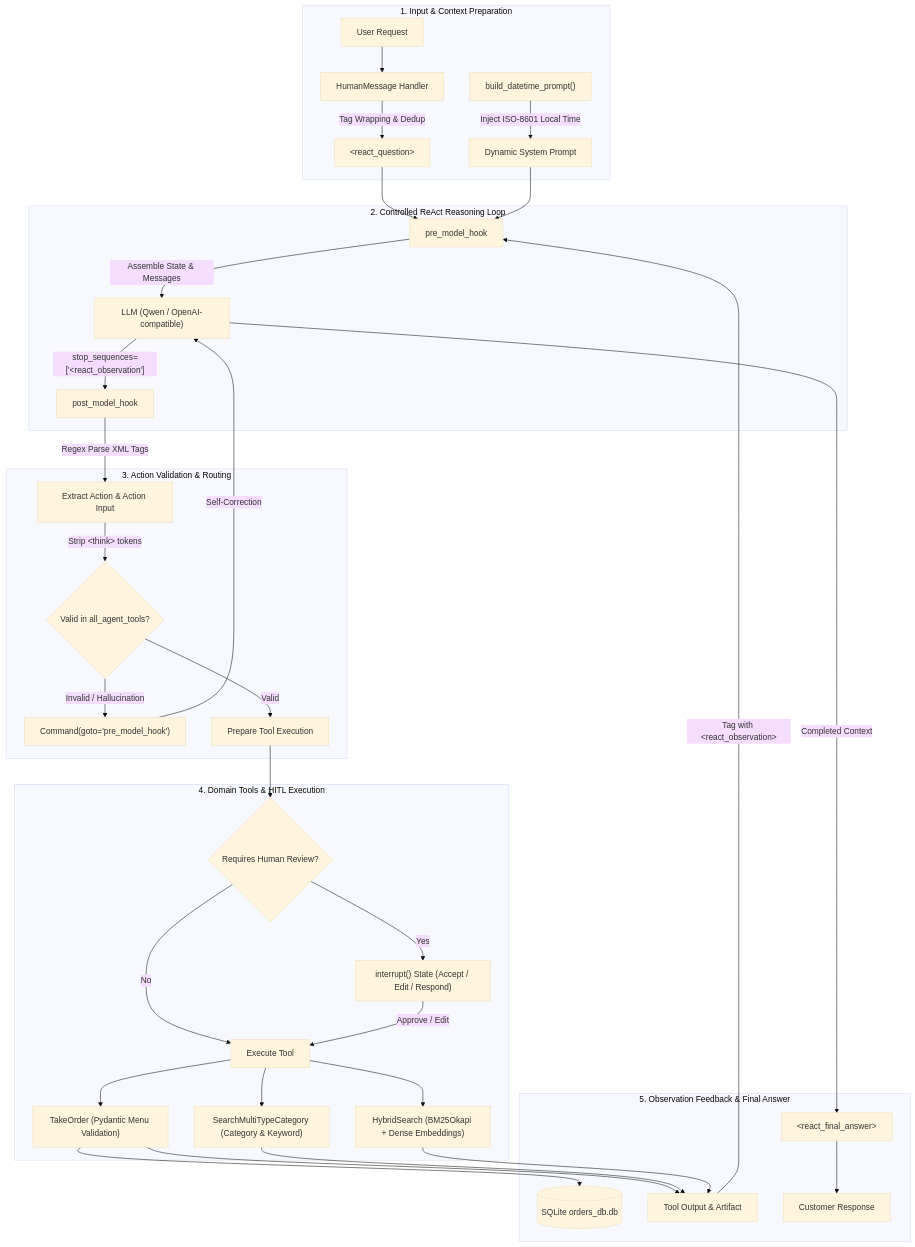
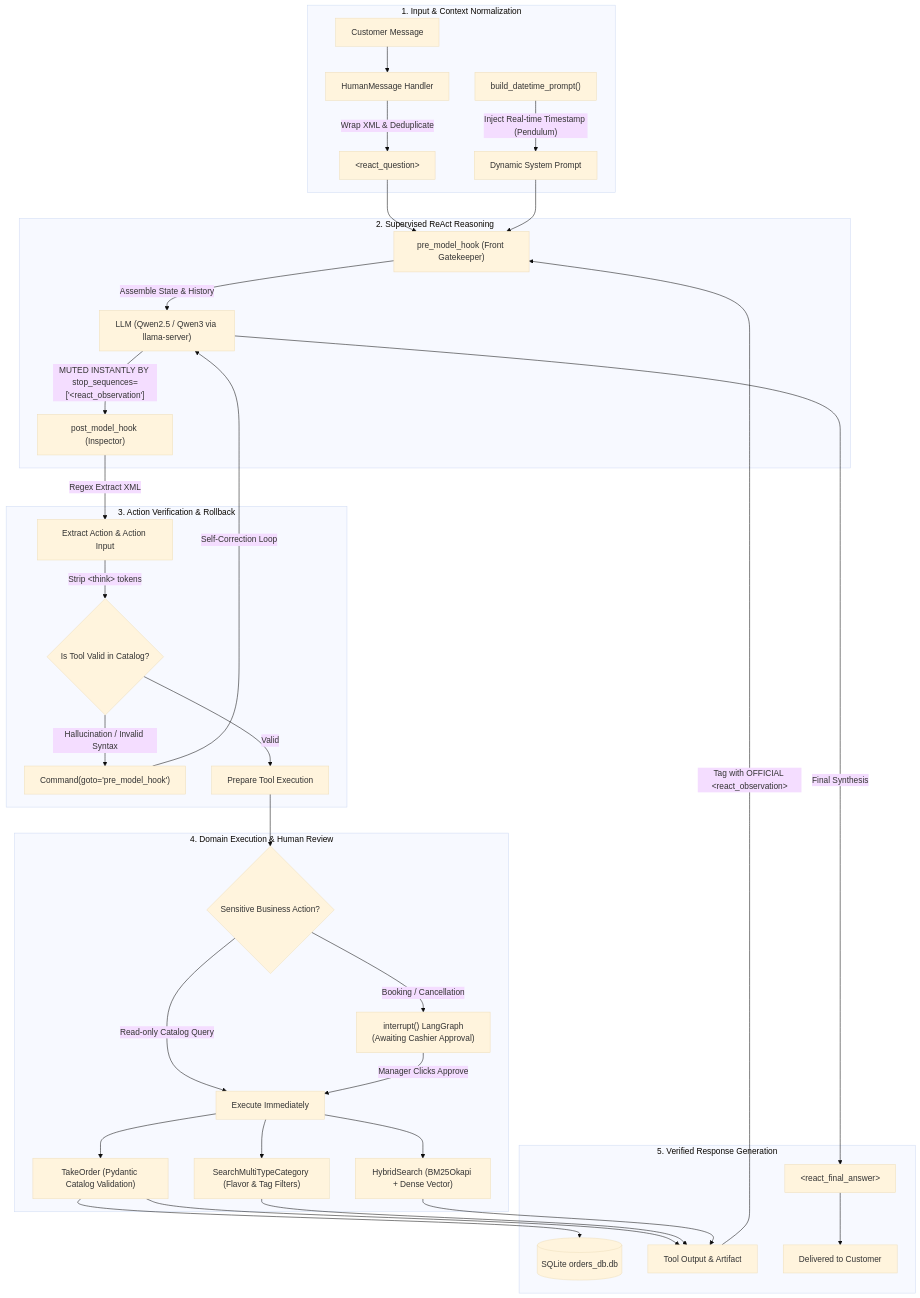
The diagram in content/posts/multi-agent-workflow-langraph.en.md (vinh-gogo/glory-hinody), drawn with Mermaid (base theme) before and after one commit. The commit also changed other lines of this file and 1 other file, not shown here.

First line of the commit message:
refactor(content): rewrite LangGraph ReAct Agent post into engaging, witty engineering storytelling

````diff
--- a/content/posts/multi-agent-workflow-langraph.en.md
+++ b/content/posts/multi-agent-workflow-langraph.en.md
@@ -46,43 +56,43 @@
 ```mermaid
 flowchart TD
-    subgraph INPUT["1. Input & Context Preparation"]
-        U["User Request"] --> H1["HumanMessage Handler"]
-        H1 -->|"Tag Wrapping & Dedup"| Q1["&lt;react_question&gt;"]
-        DT["build_datetime_prompt()"] -->|"Inject ISO-8601 Local Time"| SYS["Dynamic System Prompt"]
+    subgraph INPUT["1. Input & Context Normalization"]
+        U["Customer Message"] --> H1["HumanMessage Handler"]
+        H1 -->|"Wrap XML & Deduplicate"| Q1["&lt;react_question&gt;"]
+        DT["build_datetime_prompt()"] -->|"Inject Real-time Timestamp (Pendulum)"| SYS["Dynamic System Prompt"]
     end
 
-    subgraph LLM_LOOP["2. Controlled ReAct Reasoning Loop"]
-        Q1 --> PRE["pre_model_hook"]
+    subgraph LLM_LOOP["2. Supervised ReAct Reasoning"]
+        Q1 --> PRE["pre_model_hook (Front Gatekeeper)"]
         SYS --> PRE
-        PRE -->|"Assemble State & Messages"| LLM["LLM (Qwen / OpenAI-compatible)"]
-        LLM -->|"stop_sequences=['&lt;react_observation']"| POST["post_model_hook"]
+        PRE -->|"Assemble State & History"| LLM["LLM (Qwen2.5 / Qwen3 via llama-server)"]
+        LLM -->|"MUTED INSTANTLY BY stop_sequences=['&lt;react_observation']"| POST["post_model_hook (Inspector)"]
     end
 
-    subgraph VALIDATION["3. Action Validation & Routing"]
-        POST -->|"Regex Parse XML Tags"| PARSE["Extract Action & Action Input"]
-        PARSE -->|"Strip &lt;think&gt; tokens"| CHK{"Valid in all_agent_tools?"}
-        CHK -->|"Invalid / Hallucination"| RETRY["Command(goto='pre_model_hook')"]
-        RETRY -->|"Self-Correction"| LLM
+    subgraph VALIDATION["3. Action Verification & Rollback"]
+        POST -->|"Regex Extract XML"| PARSE["Extract Action & Action Input"]
+        PARSE -->|"Strip &lt;think&gt; tokens"| CHK{"Is Tool Valid in Catalog?"}
+        CHK -->|"Hallucination / Invalid Syntax"| RETRY["Command(goto='pre_model_hook')"]
+        RETRY -->|"Self-Correction Loop"| LLM
         CHK -->|"Valid"| EXEC["Prepare Tool Execution"]
     end
 
-    subgraph TOOLS["4. Domain Tools & HITL Execution"]
-        EXEC --> HITL{"Requires Human Review?"}
-        HITL -->|"Yes"| INT["interrupt() State (Accept / Edit / Respond)"]
-        HITL -->|"No"| RUN["Execute Tool"]
-        INT -->|"Approve / Edit"| RUN
-        RUN --> T1["TakeOrder (Pydantic Menu Validation)"]
-        RUN --> T2["SearchMultiTypeCategory (Category & Keyword)"]
-        RUN --> T3["HybridSearch (BM25Okapi + Dense Embeddings)"]
+    subgraph TOOLS["4. Domain Execution & Human Review"]
+        EXEC --> HITL{"Sensitive Business Action?"}
+        HITL -->|"Booking / Cancellation"| INT["interrupt() LangGraph<br/>(Awaiting Cashier Approval)"]
+        HITL -->|"Read-only Catalog Query"| RUN["Execute Immediately"]
+        INT -->|"Manager Clicks Approve"| RUN
+        RUN --> T1["TakeOrder (Pydantic Catalog Validation)"]
+        RUN --> T2["SearchMultiTypeCategory (Flavor & Tag Filters)"]
+        RUN --> T3["HybridSearch (BM25Okapi + Dense Vector)"]
     end
 
-    subgraph OUTPUT["5. Observation Feedback & Final Answer"]
+    subgraph OUTPUT["5. Verified Response Generation"]
         T1 --> DB[("SQLite orders_db.db")]
         T1 --> OBS["Tool Output & Artifact"]
         T2 --> OBS
         T3 --> OBS
-        OBS -->|"Tag with &lt;react_observation&gt;"| PRE
-        LLM -->|"Completed Context"| ANS["&lt;react_final_answer&gt;"]
-        ANS --> USER_OUT["Customer Response"]
+        OBS -->|"Tag with OFFICIAL &lt;react_observation&gt;"| PRE
+        LLM -->|"Final Synthesis"| ANS["&lt;react_final_answer&gt;"]
+        ANS --> USER_OUT["Delivered to Customer"]
     end
 ```
````
